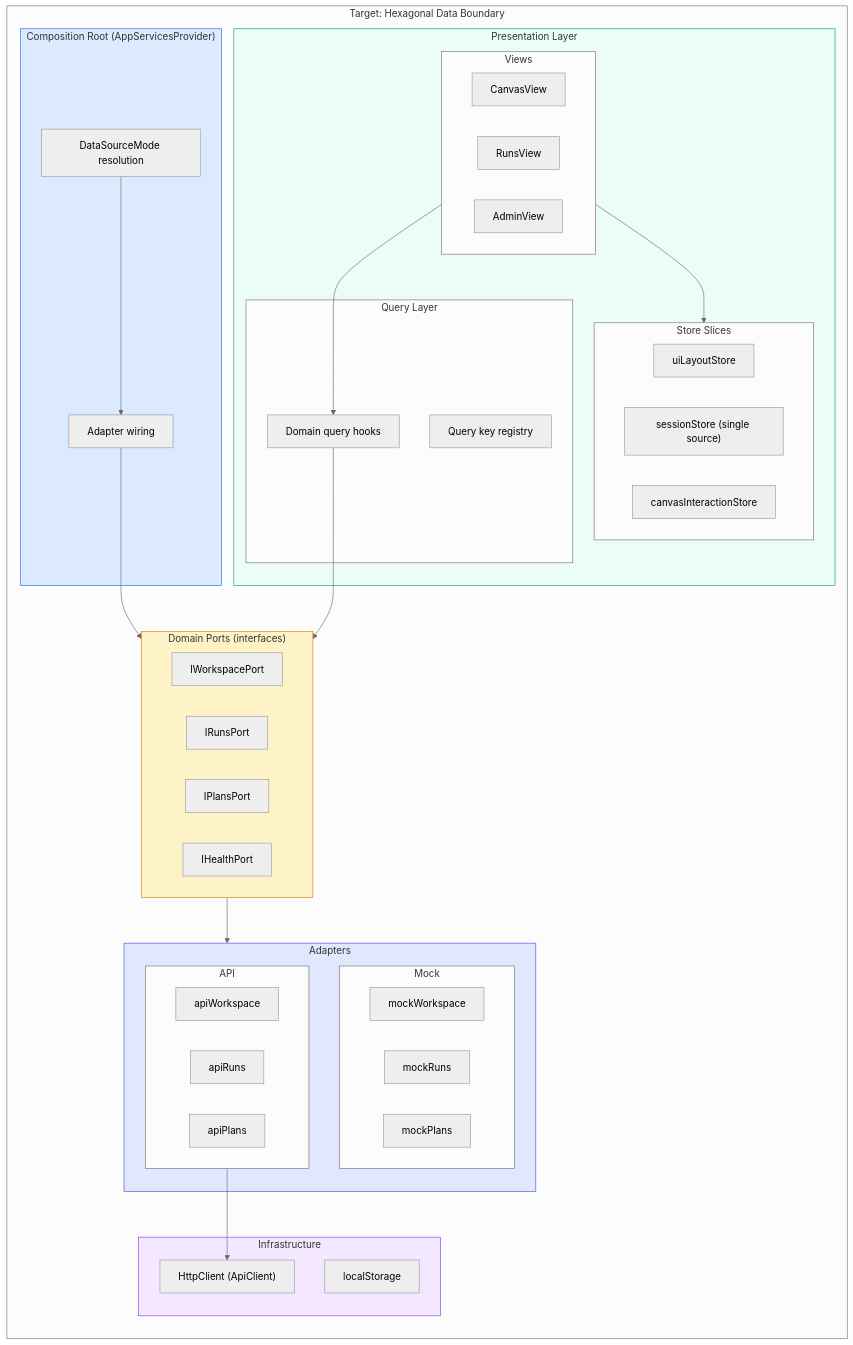
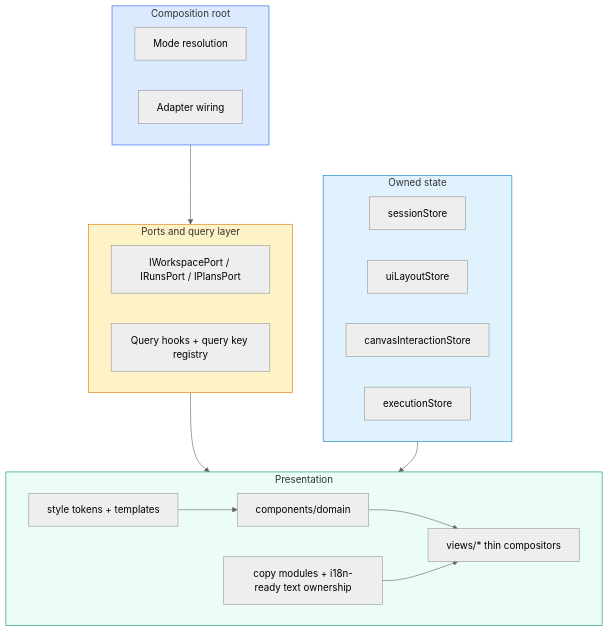
One commit to dunay2/dvt changed the second of 3 diagrams in docs/planning/proposals/mandatory/frontend-and-ux/f04-frontend-data-boundary-hexagonal-convergence-plan-20260403.md. Above: the diagram before and after it, drawn with Mermaid (neutral theme). The commit also changed other lines of this file and 86 other files, not shown here.

````diff
--- a/docs/planning/proposals/mandatory/frontend-and-ux/f04-frontend-data-boundary-hexagonal-convergence-plan-20260403.md
+++ b/docs/planning/proposals/mandatory/frontend-and-ux/f04-frontend-data-boundary-hexagonal-convergence-plan-20260403.md
@@ -139,69 +152,38 @@
 ```mermaid
 flowchart TD
-  subgraph Target["Target: Hexagonal Data Boundary"]
-    direction TB
-
-    subgraph CompositionRoot["Composition Root (AppServicesProvider)"]
-      MODE["DataSourceMode resolution"]
-      WIRE["Adapter wiring"]
-    end
-
-    subgraph Ports["Domain Ports (interfaces)"]
-      P_WS["IWorkspacePort"]
-      P_RUNS["IRunsPort"]
-      P_PLANS["IPlansPort"]
-      P_HEALTH["IHealthPort"]
-    end
-
-    subgraph Adapters["Adapters"]
-      subgraph MockAdapters["Mock"]
-        M_WS["mockWorkspace"]
-        M_RUNS["mockRuns"]
-        M_PLANS["mockPlans"]
-      end
-      subgraph ApiAdapters["API"]
-        A_WS["apiWorkspace"]
-        A_RUNS["apiRuns"]
-        A_PLANS["apiPlans"]
-      end
-    end
-
-    subgraph Infrastructure["Infrastructure"]
-      HTTP["HttpClient (ApiClient)"]
-      STORAGE["localStorage"]
-    end
-
-    subgraph Presentation["Presentation Layer"]
-      subgraph StoreSlices["Store Slices"]
-        S_UI["uiLayoutStore"]
-        S_SESSION["sessionStore (single source)"]
-        S_CANVAS["canvasInteractionStore"]
-      end
-
-      subgraph QueryLayer["Query Layer"]
-        QR["Query key registry"]
-        QH["Domain query hooks"]
-      end
-
-      subgraph Views["Views"]
-        CV2["CanvasView"]
-        RV2["RunsView"]
-        AV2["AdminView"]
-      end
-    end
-
-    MODE --> WIRE
-    WIRE --> Ports
-    Ports --> Adapters
-    ApiAdapters --> HTTP
-    Views --> QH
-    QH --> Ports
-    Views --> StoreSlices
+  subgraph Root["Composition root"]
+    MODE["Mode resolution"]
+    WIRE["Adapter wiring"]
   end
 
-  style CompositionRoot fill:#dbeafe,stroke:#2563eb
+  subgraph Ports["Ports and query layer"]
+    PORTS["IWorkspacePort / IRunsPort / IPlansPort"]
+    QUERIES["Query hooks + query key registry"]
+  end
+
+  subgraph Stores["Owned state"]
+    SESSION["sessionStore"]
+    UILAYOUT["uiLayoutStore"]
+    CANVAS["canvasInteractionStore"]
+    EXEC["executionStore"]
+  end
+
+  subgraph Presentation["Presentation"]
+    DOMAIN["components/domain"]
+    VIEWS["views/* thin compositors"]
+    COPY["copy modules + i18n-ready text ownership"]
+    TOKENS["style tokens + templates"]
+  end
+
+  Root --> Ports
+  Ports --> Presentation
+  Stores --> Presentation
+  DOMAIN --> VIEWS
+  COPY --> VIEWS
+  TOKENS --> DOMAIN
+
+  style Root fill:#dbeafe,stroke:#2563eb
   style Ports fill:#fef3c7,stroke:#d97706
-  style Adapters fill:#e0e7ff,stroke:#4f46e5
-  style Infrastructure fill:#f3e8ff,stroke:#7c3aed
+  style Stores fill:#e0f2fe,stroke:#0284c7
   style Presentation fill:#ecfdf5,stroke:#059669
 ```
````
